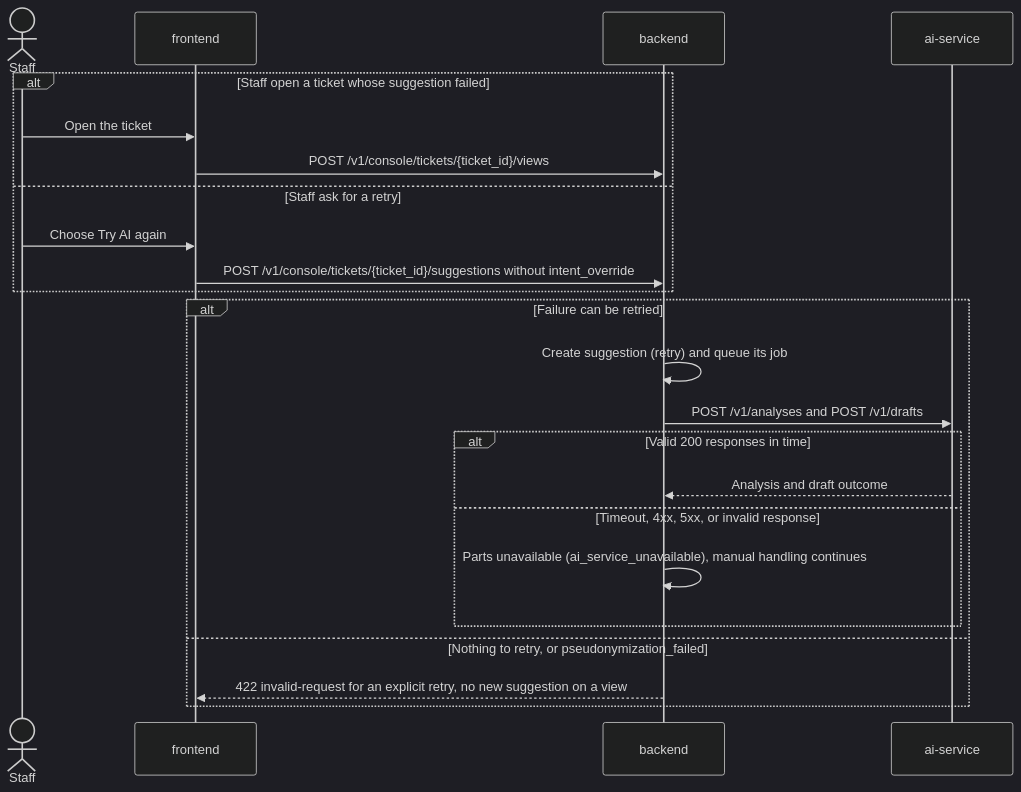
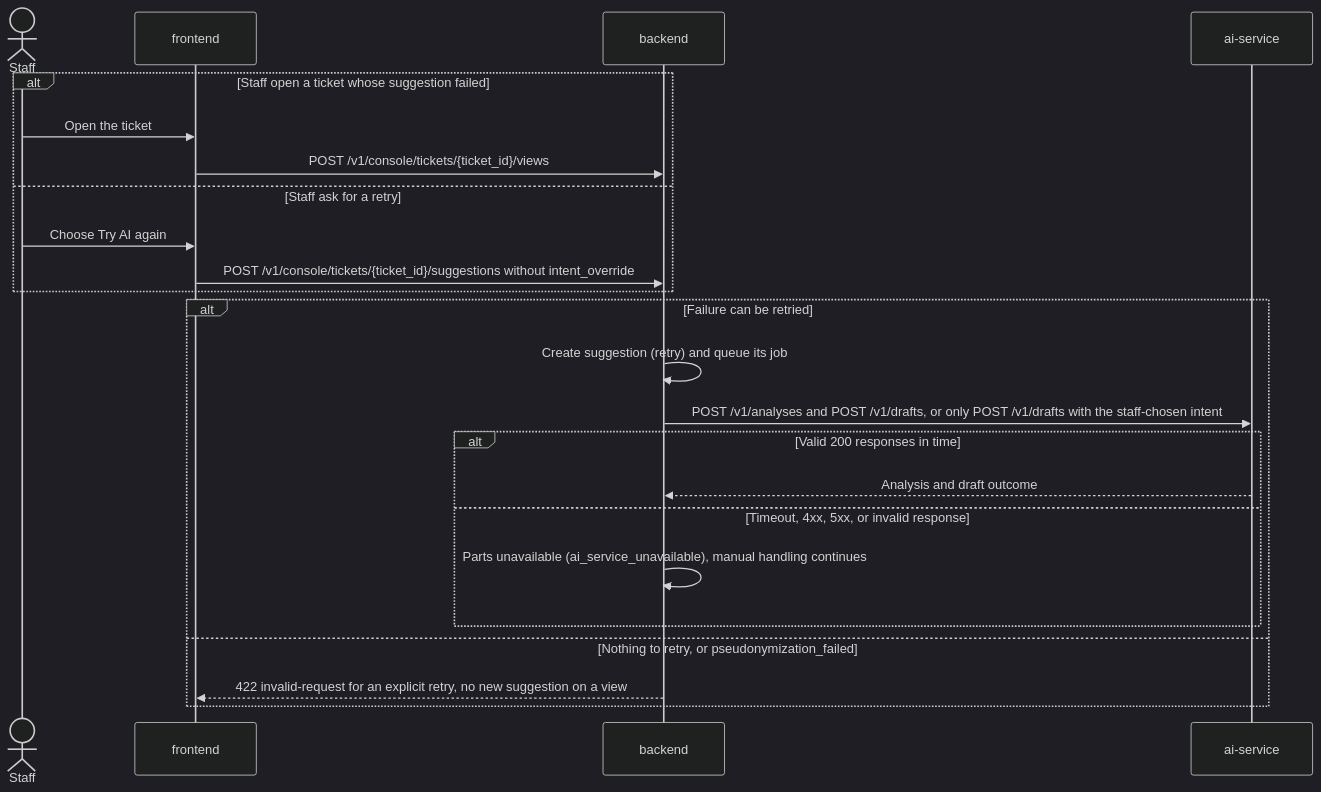
The fifth of 5 diagrams in docs/design/contracts-v1.md (ml-system-design-nhom-5/SupportIQ), drawn with Mermaid (dark theme) before and after one commit. The commit also changed other lines of this file and 19 other files, not shown here.

````diff
--- a/docs/design/contracts-v1.md
+++ b/docs/design/contracts-v1.md
@@ -343,25 +343,25 @@
 ```mermaid
 sequenceDiagram
     actor Staff
     participant FE as frontend
     participant BE as backend
     participant AI as ai-service
     alt Staff open a ticket whose suggestion failed
         Staff->>FE: Open the ticket
         FE->>BE: POST /v1/console/tickets/{ticket_id}/views
     else Staff ask for a retry
         Staff->>FE: Choose Try AI again
         FE->>BE: POST /v1/console/tickets/{ticket_id}/suggestions without intent_override
     end
     alt Failure can be retried
         BE->>BE: Create suggestion (retry) and queue its job
-        BE->>AI: POST /v1/analyses and POST /v1/drafts
+        BE->>AI: POST /v1/analyses and POST /v1/drafts, or only POST /v1/drafts with the staff-chosen intent
         alt Valid 200 responses in time
             AI-->>BE: Analysis and draft outcome
         else Timeout, 4xx, 5xx, or invalid response
             BE->>BE: Parts unavailable (ai_service_unavailable), manual handling continues
         end
     else Nothing to retry, or pseudonymization_failed
         BE-->>FE: 422 invalid-request for an explicit retry, no new suggestion on a view
     end
 ```
````
